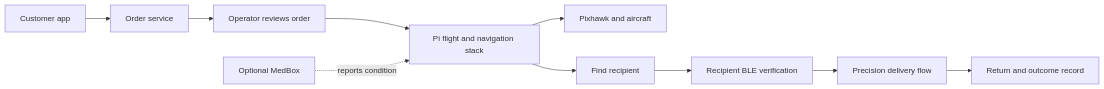
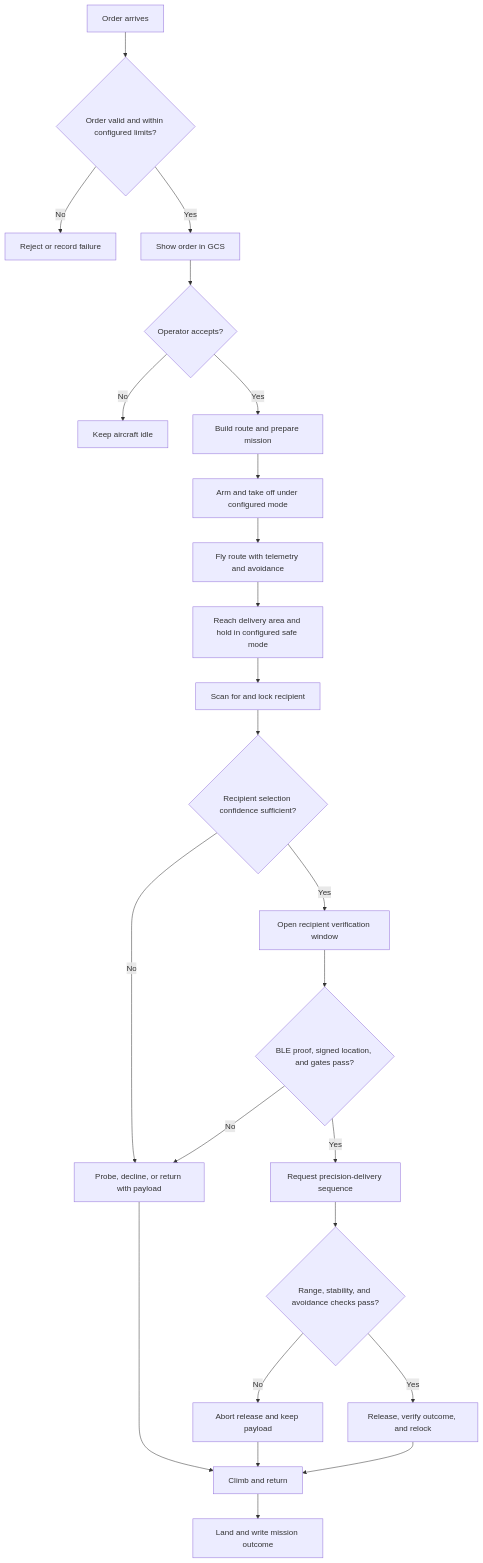
The third of 6 diagrams in README.md (GVishwasReddy/AERIX-Capstone-Team-21), drawn with Mermaid before and after one commit. The commit also changed other lines of this file, not shown here.

````diff
--- a/README.md
+++ b/README.md
@@ -17,12 +151,26 @@
 ```mermaid
-flowchart LR
-    A[Customer app] --> B[Order service]
-    B --> C[Operator reviews order]
-    C --> D[Pi flight and navigation stack]
-    D --> E[Pixhawk and aircraft]
-    D --> F[Find recipient]
-    F --> G[Recipient BLE verification]
-    G --> H[Precision delivery flow]
-    H --> I[Return and outcome record]
-    J[Optional MedBox] -. reports condition .-> D
+flowchart TD
+    A[Order arrives] --> B{Order valid and within configured limits?}
+    B -->|No| R[Reject or record failure]
+    B -->|Yes| C[Show order in GCS]
+    C --> D{Operator accepts?}
+    D -->|No| X[Keep aircraft idle]
+    D -->|Yes| E[Build route and prepare mission]
+    E --> F[Arm and take off under configured mode]
+    F --> G[Fly route with telemetry and avoidance]
+    G --> H[Reach delivery area and hold in configured safe mode]
+    H --> I[Scan for and lock recipient]
+    I --> J{Recipient selection confidence sufficient?}
+    J -->|No| K[Probe, decline, or return with payload]
+    J -->|Yes| L[Open recipient verification window]
+    L --> M{BLE proof, signed location, and gates pass?}
+    M -->|No| K
+    M -->|Yes| N[Request precision-delivery sequence]
+    N --> O{Range, stability, and avoidance checks pass?}
+    O -->|No| P[Abort release and keep payload]
+    O -->|Yes| Q[Release, verify outcome, and relock]
+    Q --> T[Climb and return]
+    P --> T
+    K --> T
+    T --> U[Land and write mission outcome]
 ```
````
